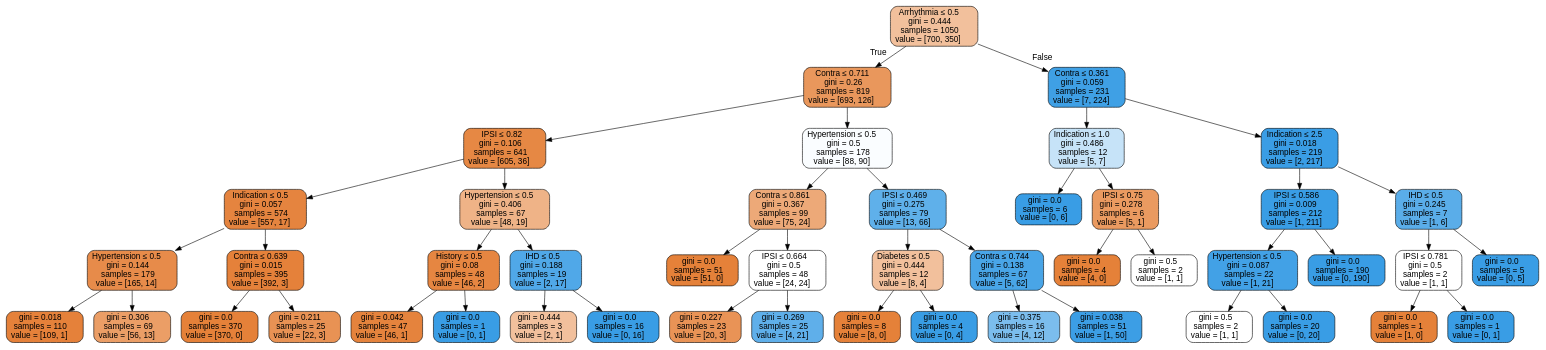
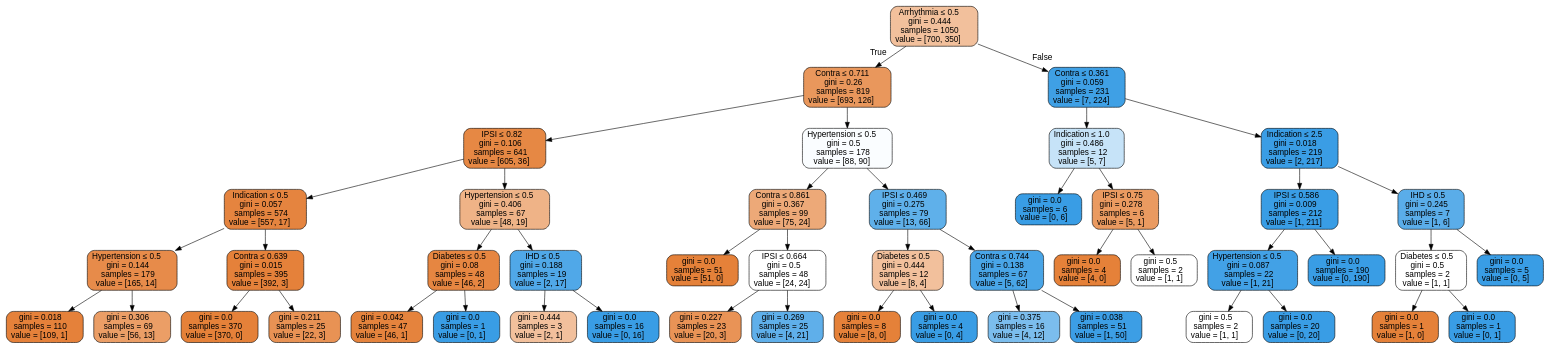
One commit to bdavis9725/Medical-Data-Mining changed the diagram in tree.dot. Above: the diagram before and after it, drawn with Graphviz. The commit also changed 2 other files, not shown here.

```diff
--- a/tree.dot
+++ b/tree.dot
@@ -1,97 +1,97 @@
 digraph Tree {
 node [shape=box, style="filled, rounded", color="black", fontname=helvetica] ;
 edge [fontname=helvetica] ;
 0 [label=<Arrhythmia &le; 0.5<br/>gini = 0.444<br/>samples = 1050<br/>value = [700, 350]>, fillcolor="#e581397f"] ;
 1 [label=<Contra &le; 0.711<br/>gini = 0.26<br/>samples = 819<br/>value = [693, 126]>, fillcolor="#e58139d1"] ;
 0 -> 1 [labeldistance=2.5, labelangle=45, headlabel="True"] ;
 2 [label=<IPSI &le; 0.82<br/>gini = 0.106<br/>samples = 641<br/>value = [605, 36]>, fillcolor="#e58139f0"] ;
 1 -> 2 ;
 3 [label=<Indication &le; 0.5<br/>gini = 0.057<br/>samples = 574<br/>value = [557, 17]>, fillcolor="#e58139f7"] ;
 2 -> 3 ;
 4 [label=<Hypertension &le; 0.5<br/>gini = 0.144<br/>samples = 179<br/>value = [165, 14]>, fillcolor="#e58139e9"] ;
 3 -> 4 ;
 5 [label=<gini = 0.018<br/>samples = 110<br/>value = [109, 1]>, fillcolor="#e58139fd"] ;
 4 -> 5 ;
 6 [label=<gini = 0.306<br/>samples = 69<br/>value = [56, 13]>, fillcolor="#e58139c4"] ;
 4 -> 6 ;
 7 [label=<Contra &le; 0.639<br/>gini = 0.015<br/>samples = 395<br/>value = [392, 3]>, fillcolor="#e58139fd"] ;
 3 -> 7 ;
 8 [label=<gini = 0.0<br/>samples = 370<br/>value = [370, 0]>, fillcolor="#e58139ff"] ;
 7 -> 8 ;
 9 [label=<gini = 0.211<br/>samples = 25<br/>value = [22, 3]>, fillcolor="#e58139dc"] ;
 7 -> 9 ;
 10 [label=<Hypertension &le; 0.5<br/>gini = 0.406<br/>samples = 67<br/>value = [48, 19]>, fillcolor="#e581399a"] ;
 2 -> 10 ;
-11 [label=<History &le; 0.5<br/>gini = 0.08<br/>samples = 48<br/>value = [46, 2]>, fillcolor="#e58139f4"] ;
+11 [label=<Diabetes &le; 0.5<br/>gini = 0.08<br/>samples = 48<br/>value = [46, 2]>, fillcolor="#e58139f4"] ;
 10 -> 11 ;
 12 [label=<gini = 0.042<br/>samples = 47<br/>value = [46, 1]>, fillcolor="#e58139f9"] ;
 11 -> 12 ;
 13 [label=<gini = 0.0<br/>samples = 1<br/>value = [0, 1]>, fillcolor="#399de5ff"] ;
 11 -> 13 ;
 14 [label=<IHD &le; 0.5<br/>gini = 0.188<br/>samples = 19<br/>value = [2, 17]>, fillcolor="#399de5e1"] ;
 10 -> 14 ;
 15 [label=<gini = 0.444<br/>samples = 3<br/>value = [2, 1]>, fillcolor="#e581397f"] ;
 14 -> 15 ;
 16 [label=<gini = 0.0<br/>samples = 16<br/>value = [0, 16]>, fillcolor="#399de5ff"] ;
 14 -> 16 ;
 17 [label=<Hypertension &le; 0.5<br/>gini = 0.5<br/>samples = 178<br/>value = [88, 90]>, fillcolor="#399de506"] ;
 1 -> 17 ;
 18 [label=<Contra &le; 0.861<br/>gini = 0.367<br/>samples = 99<br/>value = [75, 24]>, fillcolor="#e58139ad"] ;
 17 -> 18 ;
 19 [label=<gini = 0.0<br/>samples = 51<br/>value = [51, 0]>, fillcolor="#e58139ff"] ;
 18 -> 19 ;
 20 [label=<IPSI &le; 0.664<br/>gini = 0.5<br/>samples = 48<br/>value = [24, 24]>, fillcolor="#e5813900"] ;
 18 -> 20 ;
 21 [label=<gini = 0.227<br/>samples = 23<br/>value = [20, 3]>, fillcolor="#e58139d9"] ;
 20 -> 21 ;
 22 [label=<gini = 0.269<br/>samples = 25<br/>value = [4, 21]>, fillcolor="#399de5ce"] ;
 20 -> 22 ;
 23 [label=<IPSI &le; 0.469<br/>gini = 0.275<br/>samples = 79<br/>value = [13, 66]>, fillcolor="#399de5cd"] ;
 17 -> 23 ;
 24 [label=<Diabetes &le; 0.5<br/>gini = 0.444<br/>samples = 12<br/>value = [8, 4]>, fillcolor="#e581397f"] ;
 23 -> 24 ;
 25 [label=<gini = 0.0<br/>samples = 8<br/>value = [8, 0]>, fillcolor="#e58139ff"] ;
 24 -> 25 ;
 26 [label=<gini = 0.0<br/>samples = 4<br/>value = [0, 4]>, fillcolor="#399de5ff"] ;
 24 -> 26 ;
 27 [label=<Contra &le; 0.744<br/>gini = 0.138<br/>samples = 67<br/>value = [5, 62]>, fillcolor="#399de5ea"] ;
 23 -> 27 ;
 28 [label=<gini = 0.375<br/>samples = 16<br/>value = [4, 12]>, fillcolor="#399de5aa"] ;
 27 -> 28 ;
 29 [label=<gini = 0.038<br/>samples = 51<br/>value = [1, 50]>, fillcolor="#399de5fa"] ;
 27 -> 29 ;
 30 [label=<Contra &le; 0.361<br/>gini = 0.059<br/>samples = 231<br/>value = [7, 224]>, fillcolor="#399de5f7"] ;
 0 -> 30 [labeldistance=2.5, labelangle=-45, headlabel="False"] ;
 31 [label=<Indication &le; 1.0<br/>gini = 0.486<br/>samples = 12<br/>value = [5, 7]>, fillcolor="#399de549"] ;
 30 -> 31 ;
 32 [label=<gini = 0.0<br/>samples = 6<br/>value = [0, 6]>, fillcolor="#399de5ff"] ;
 31 -> 32 ;
 33 [label=<IPSI &le; 0.75<br/>gini = 0.278<br/>samples = 6<br/>value = [5, 1]>, fillcolor="#e58139cc"] ;
 31 -> 33 ;
 34 [label=<gini = 0.0<br/>samples = 4<br/>value = [4, 0]>, fillcolor="#e58139ff"] ;
 33 -> 34 ;
 35 [label=<gini = 0.5<br/>samples = 2<br/>value = [1, 1]>, fillcolor="#e5813900"] ;
 33 -> 35 ;
 36 [label=<Indication &le; 2.5<br/>gini = 0.018<br/>samples = 219<br/>value = [2, 217]>, fillcolor="#399de5fd"] ;
 30 -> 36 ;
 37 [label=<IPSI &le; 0.586<br/>gini = 0.009<br/>samples = 212<br/>value = [1, 211]>, fillcolor="#399de5fe"] ;
 36 -> 37 ;
 38 [label=<Hypertension &le; 0.5<br/>gini = 0.087<br/>samples = 22<br/>value = [1, 21]>, fillcolor="#399de5f3"] ;
 37 -> 38 ;
 39 [label=<gini = 0.5<br/>samples = 2<br/>value = [1, 1]>, fillcolor="#e5813900"] ;
 38 -> 39 ;
 40 [label=<gini = 0.0<br/>samples = 20<br/>value = [0, 20]>, fillcolor="#399de5ff"] ;
 38 -> 40 ;
 41 [label=<gini = 0.0<br/>samples = 190<br/>value = [0, 190]>, fillcolor="#399de5ff"] ;
 37 -> 41 ;
 42 [label=<IHD &le; 0.5<br/>gini = 0.245<br/>samples = 7<br/>value = [1, 6]>, fillcolor="#399de5d4"] ;
 36 -> 42 ;
-43 [label=<IPSI &le; 0.781<br/>gini = 0.5<br/>samples = 2<br/>value = [1, 1]>, fillcolor="#e5813900"] ;
+43 [label=<Diabetes &le; 0.5<br/>gini = 0.5<br/>samples = 2<br/>value = [1, 1]>, fillcolor="#e5813900"] ;
 42 -> 43 ;
 44 [label=<gini = 0.0<br/>samples = 1<br/>value = [1, 0]>, fillcolor="#e58139ff"] ;
 43 -> 44 ;
 45 [label=<gini = 0.0<br/>samples = 1<br/>value = [0, 1]>, fillcolor="#399de5ff"] ;
 43 -> 45 ;
 46 [label=<gini = 0.0<br/>samples = 5<br/>value = [0, 5]>, fillcolor="#399de5ff"] ;
 42 -> 46 ;
 }
```
